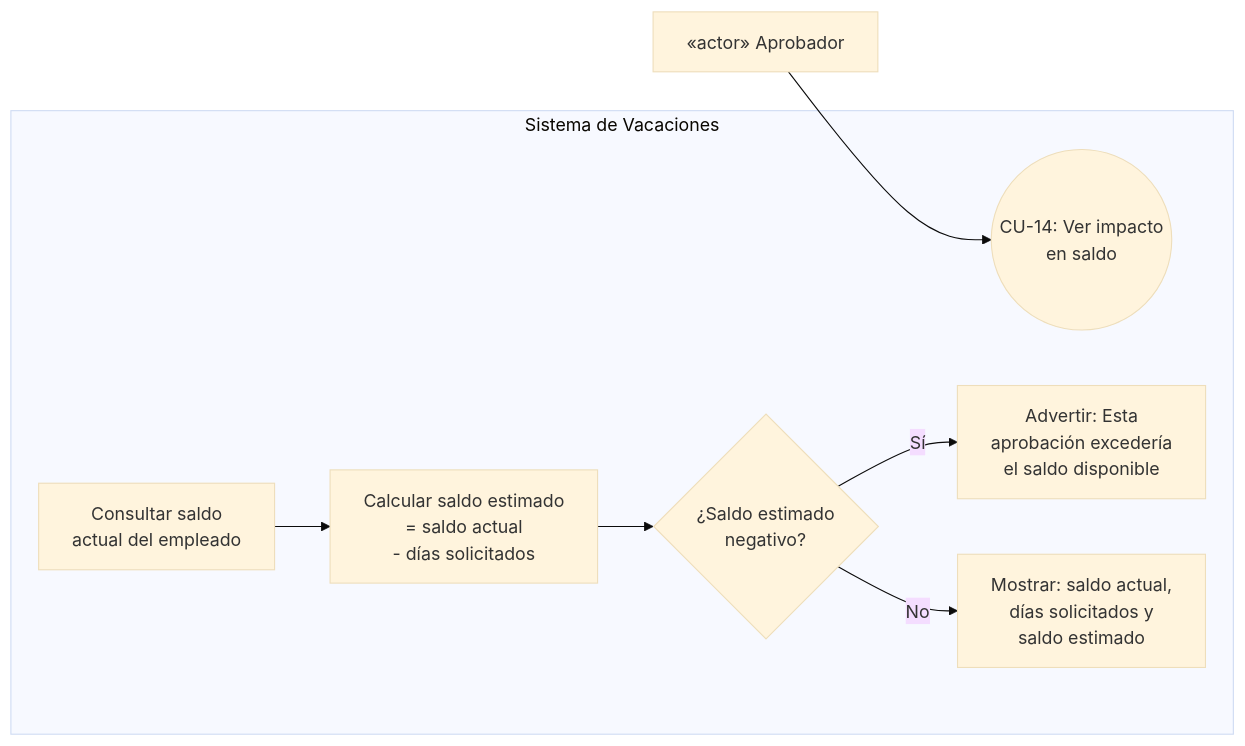
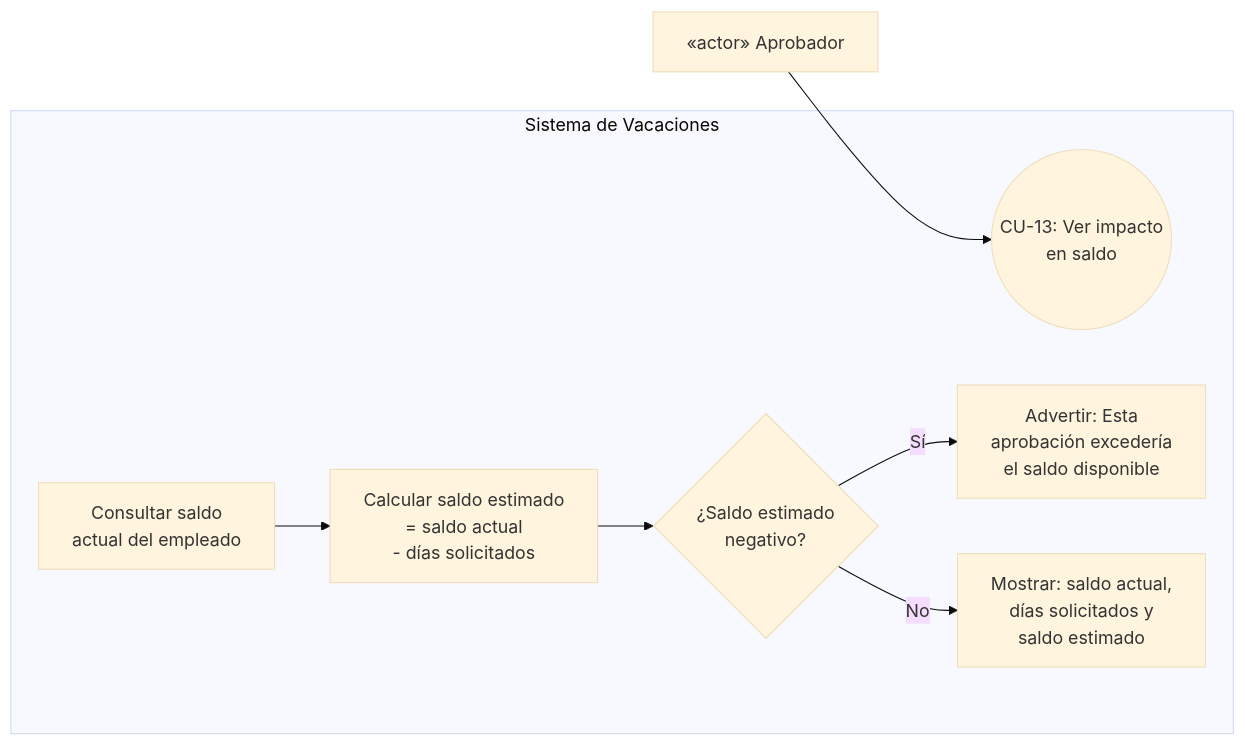
Before and after one commit to Oscar26-zs/Solicitud_de_Vacaciones: diagram 13 of 19 in docs/use-case-diagrams.md, drawn with Mermaid (base theme). The commit also changed other lines of this file and 1 other file, not shown here.

````diff
--- a/docs/use-case-diagrams.md
+++ b/docs/use-case-diagrams.md
@@ -371,17 +350,17 @@
 ```mermaid
 graph LR
     subgraph S["Sistema de Vacaciones"]
-        CU14(("CU-14: Ver impacto<br/>en saldo"))
+        CU13(("CU-13: Ver impacto<br/>en saldo"))
         C1[Consultar saldo<br/>actual del empleado]
         C2[Calcular saldo estimado<br/>= saldo actual<br/>- días solicitados]
         C3{¿Saldo estimado<br/>negativo?}
         C4[Advertir: Esta<br/>aprobación excedería<br/>el saldo disponible]
         C5[Mostrar: saldo actual,<br/>días solicitados y<br/>saldo estimado]
 
         C1 --> C2 --> C3
         C3 -->|Sí| C4
         C3 -->|No| C5
     end
-    Ap["«actor» Aprobador"] --> CU14
+    Ap["«actor» Aprobador"] --> CU13
 
 ```
````
